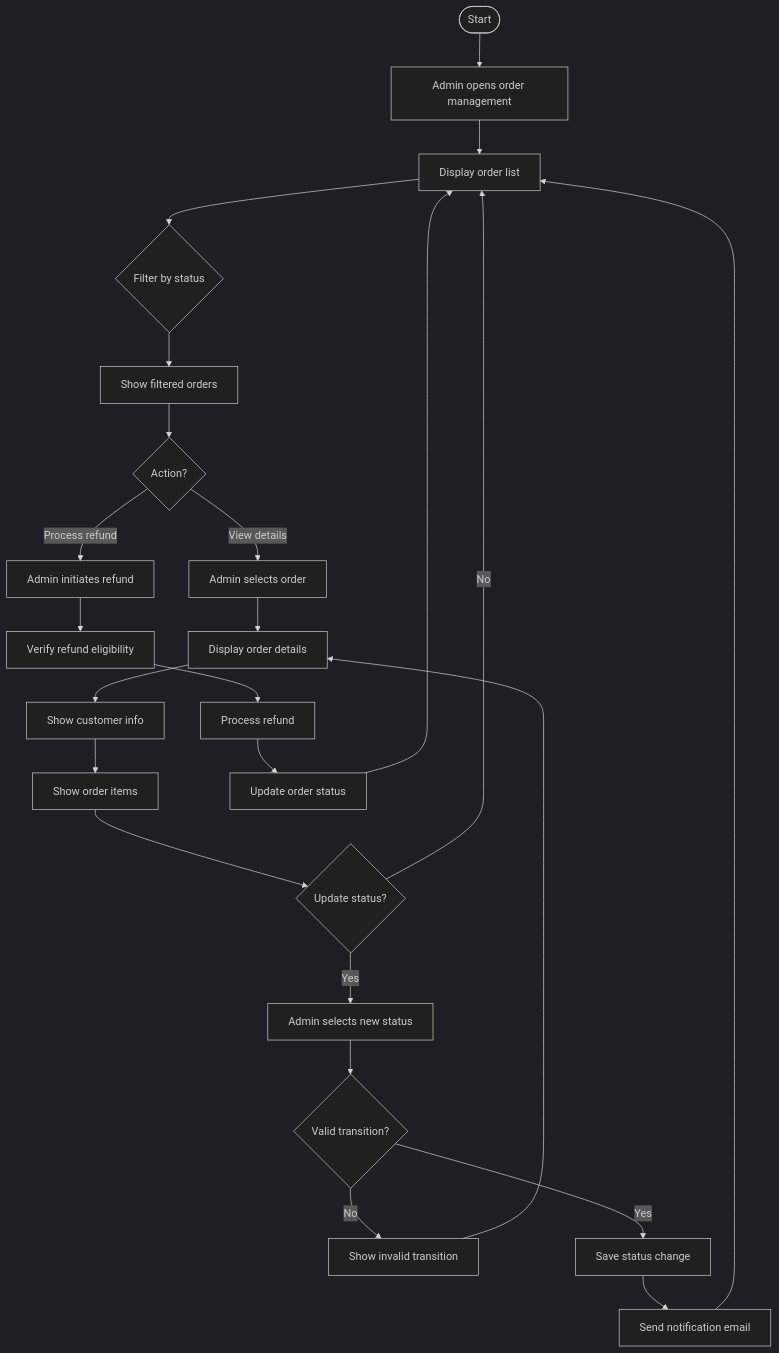
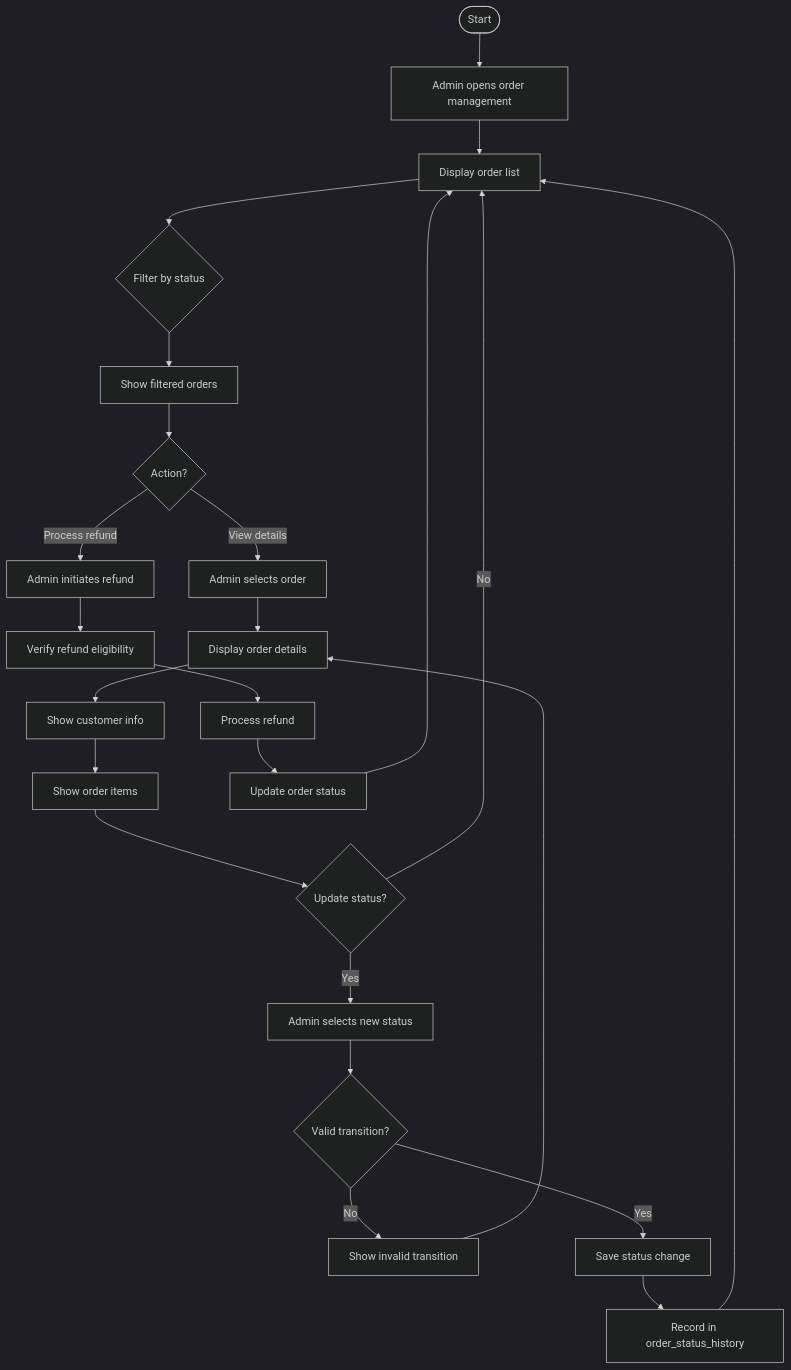
One commit to DanhTrannn/TLCN changed diagram 16 of 60 in docs/design-analysis/OOSAD_ANALYSIS.md. Above: the diagram before and after it, drawn with Mermaid (dark theme). The commit also changed other lines of this file, not shown here.

````diff
--- a/docs/design-analysis/OOSAD_ANALYSIS.md
+++ b/docs/design-analysis/OOSAD_ANALYSIS.md
@@ -997,28 +1047,28 @@
 ```mermaid
 flowchart TD
     Start([Start]) --> A[Admin opens order management]
     A --> B[Display order list]
     B --> C{Filter by status}
     C --> D[Show filtered orders]
     D --> E{Action?}
     
     E -->|View details| F[Admin selects order]
     F --> G[Display order details]
     G --> H[Show customer info]
     H --> I[Show order items]
     I --> J{Update status?}
     J -->|Yes| K[Admin selects new status]
     K --> L{Valid transition?}
     L -->|No| M[Show invalid transition]
     M --> G
     L -->|Yes| N[Save status change]
-    N --> O[Send notification email]
+    N --> O[Record in order_status_history]
     O --> B
     J -->|No| B
     
     E -->|Process refund| P[Admin initiates refund]
     P --> Q[Verify refund eligibility]
     Q --> R[Process refund]
     R --> S[Update order status]
     S --> B
 ```
````
